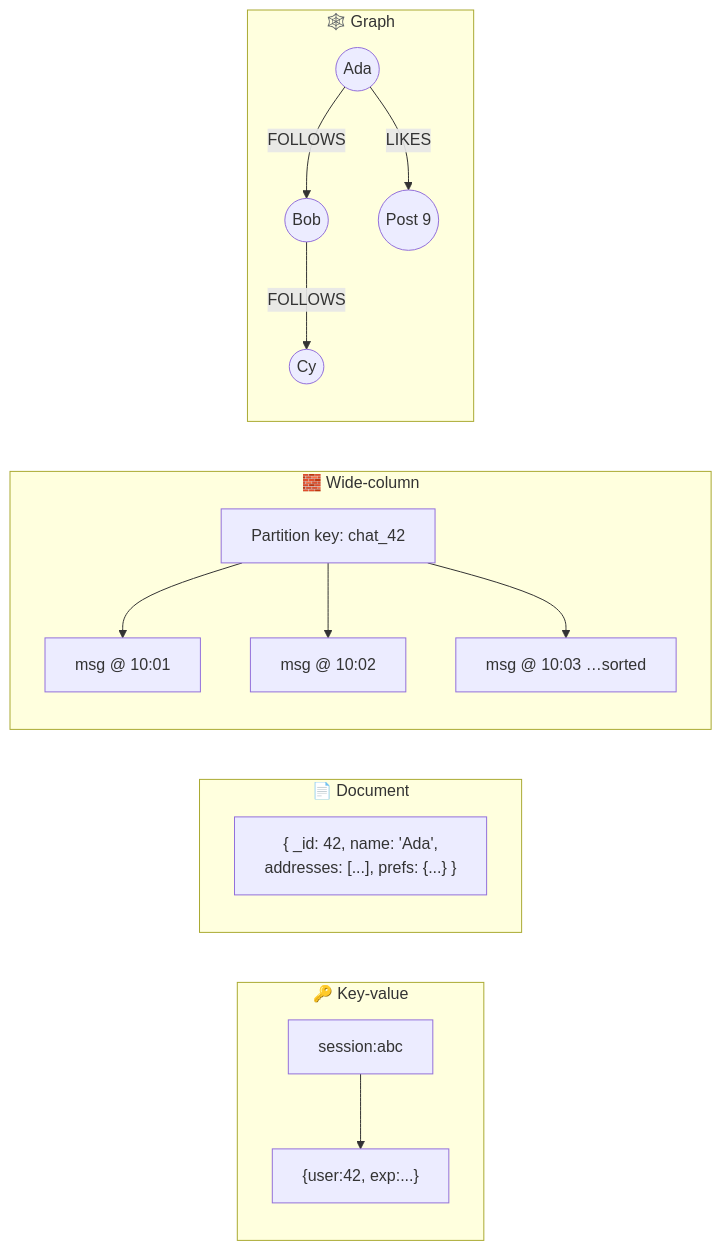
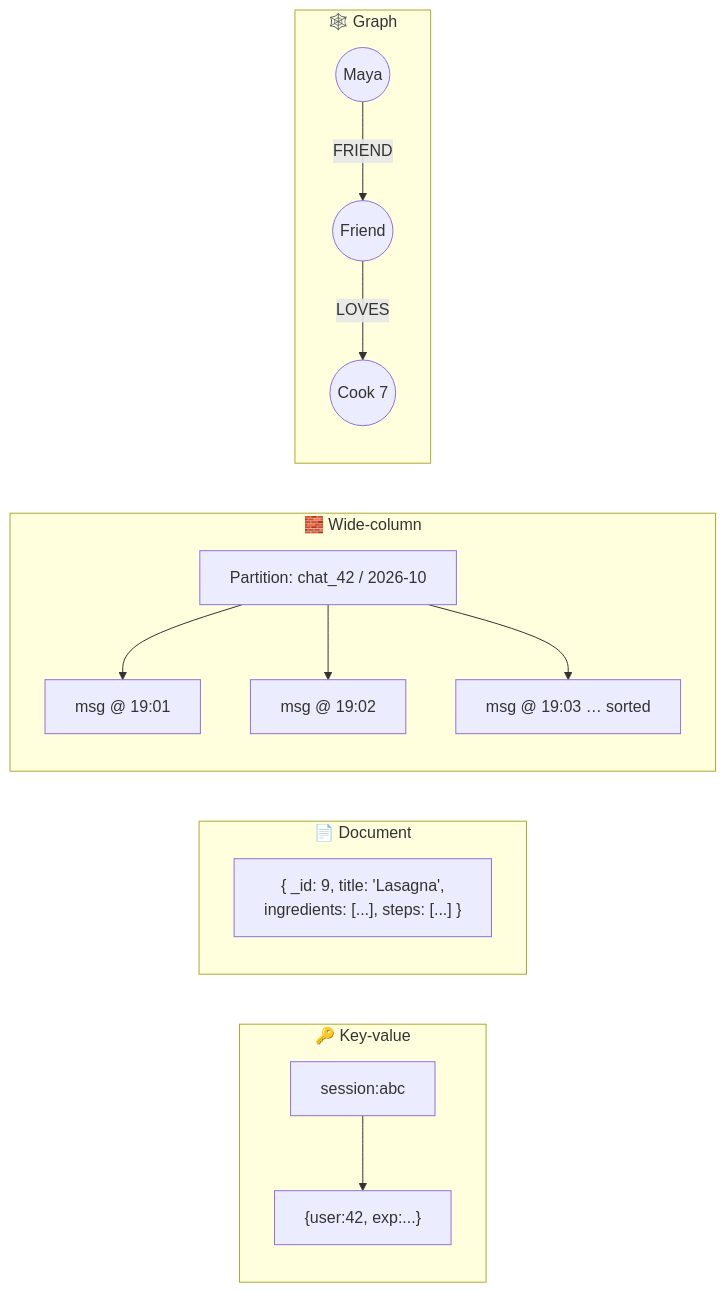
One commit to winnyboy5/System-Design-from-Atoms changed the diagram in phases/05-databases/038-nosql-families.md. Above: the diagram before and after it, drawn with Mermaid. The commit also changed other lines of this file and 11 other files, not shown here.

````diff
--- a/phases/05-databases/038-nosql-families.md
+++ b/phases/05-databases/038-nosql-families.md
@@ -28,19 +38,18 @@
 ```mermaid
 flowchart LR
     subgraph KV["🔑 Key-value"]
         K1["session:abc"] --> V1["{user:42, exp:...}"]
     end
     subgraph DOC["📄 Document"]
-        D1["{ _id: 42, name: 'Ada',<br/>addresses: [...], prefs: {...} }"]
+        D1["{ _id: 9, title: 'Lasagna',<br/>ingredients: [...], steps: [...] }"]
     end
     subgraph WC["🧱 Wide-column"]
-        P["Partition key: chat_42"] --> R1["msg @ 10:01"]
-        P --> R2["msg @ 10:02"]
-        P --> R3["msg @ 10:03 …sorted"]
+        P["Partition: chat_42 / 2026-10"] --> R1["msg @ 19:01"]
+        P --> R2["msg @ 19:02"]
+        P --> R3["msg @ 19:03 … sorted"]
     end
     subgraph G["🕸️ Graph"]
-        A((Ada)) -- FOLLOWS --> B((Bob))
-        B -- FOLLOWS --> C((Cy))
-        A -- LIKES --> P1((Post 9))
+        A((Maya)) -- FRIEND --> B((Friend))
+        B -- LOVES --> C((Cook 7))
     end
 ```
````
